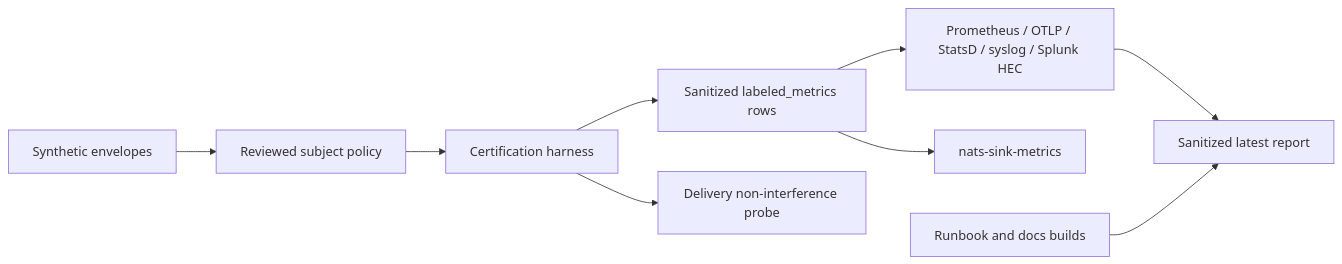
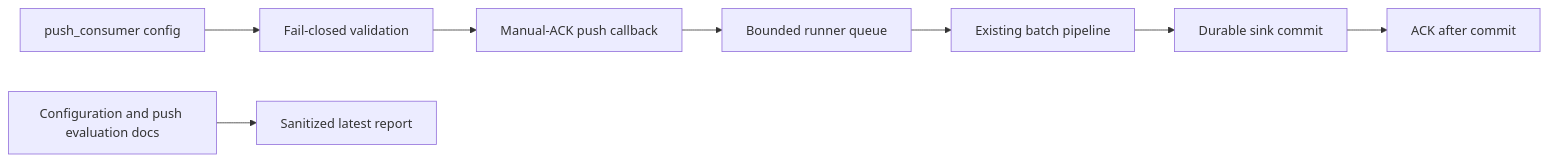
Before and after one commit to ProjectCuillin/nats-sinks: the diagram in docs/test-report.md, drawn with Mermaid. The commit also changed other lines of this file and 24 other files, not shown here.

Commit message:
Add opt-in bounded push consumer mode

````diff
--- a/docs/test-report.md
+++ b/docs/test-report.md
@@ -33,11 +33,10 @@
 ```mermaid
 flowchart LR
-    Messages[Synthetic envelopes] --> Policy[Reviewed subject policy]
-    Policy --> Certification[Certification harness]
-    Certification --> Snapshot[Sanitized labeled_metrics rows]
-    Snapshot --> Exporters[Prometheus / OTLP / StatsD / syslog / Splunk HEC]
-    Snapshot --> CLI[nats-sink-metrics]
-    Certification --> Delivery[Delivery non-interference probe]
-    Exporters --> Report[Sanitized latest report]
-    Docs[Runbook and docs builds] --> Report
+    PushConfig[push_consumer config] --> Guardrails[Fail-closed validation]
+    Guardrails --> Callback[Manual-ACK push callback]
+    Callback --> Queue[Bounded runner queue]
+    Queue --> Pipeline[Existing batch pipeline]
+    Pipeline --> Sink[Durable sink commit]
+    Sink --> Ack[ACK after commit]
+    Docs[Configuration and push evaluation docs] --> Report[Sanitized latest report]
 ```
````
